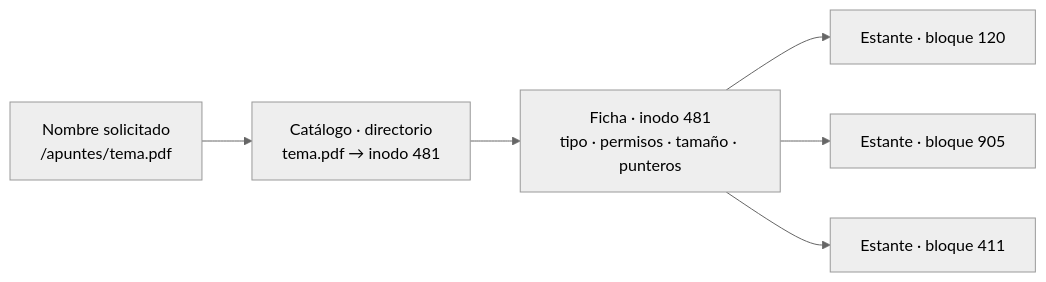
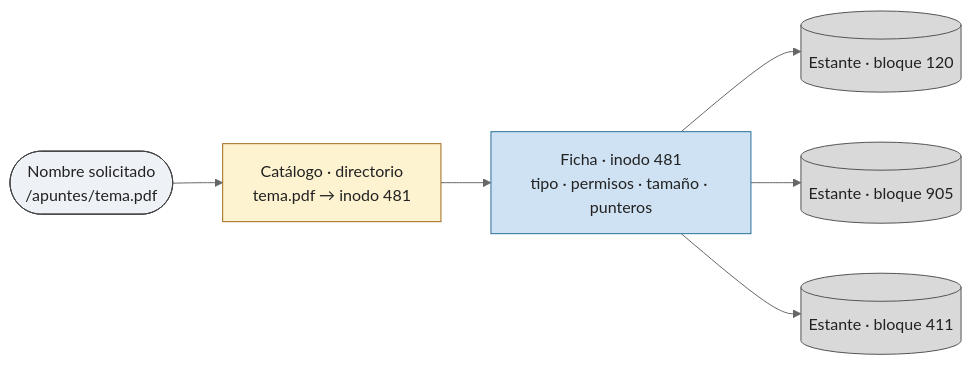
Before and after one commit to asiermarzo/ssoo: the first of 2 diagrams in TEORIA/12-sistemas-de-ficheros/README.md, drawn with Mermaid (neutral theme). The commit also changed other lines of this file and 25 other files, not shown here.

Commit message:
refinado de diagramas mermaid y svg

````diff
--- a/TEORIA/12-sistemas-de-ficheros/README.md
+++ b/TEORIA/12-sistemas-de-ficheros/README.md
@@ -420,8 +467,18 @@
 ```mermaid
 flowchart LR
-    N["Nombre solicitado<br/>/apuntes/tema.pdf"] --> C["Catálogo · directorio<br/>tema.pdf → inodo 481"]
+    N(["Nombre solicitado<br/>/apuntes/tema.pdf"]) --> C["Catálogo · directorio<br/>tema.pdf → inodo 481"]
     C --> I["Ficha · inodo 481<br/>tipo · permisos · tamaño · punteros"]
-    I --> E1["Estante · bloque 120"]
-    I --> E2["Estante · bloque 905"]
-    I --> E3["Estante · bloque 411"]
+    I --> E1[("Estante · bloque 120")]
+    I --> E2[("Estante · bloque 905")]
+    I --> E3[("Estante · bloque 411")]
+
+    classDef solicitud fill:#eef2f7,stroke:#444,color:#222;
+    classDef catalogo fill:#fdf3d0,stroke:#a06a1a,color:#222;
+    classDef inodo fill:#cfe2f3,stroke:#2b6f99,color:#222;
+    classDef bloque fill:#d9d9d9,stroke:#555,color:#222;
+
+    class N solicitud;
+    class C catalogo;
+    class I inodo;
+    class E1,E2,E3 bloque;
 ```
````
